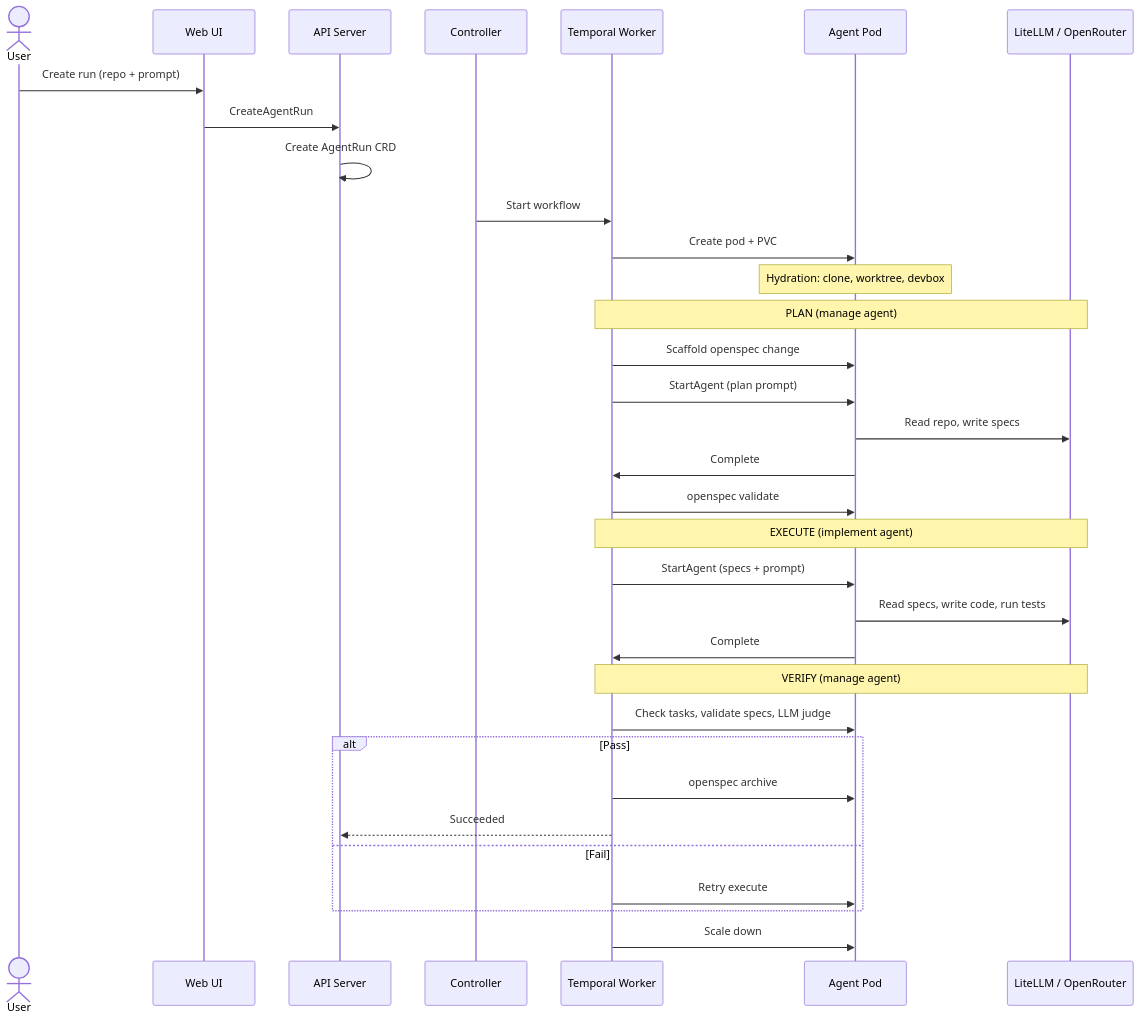
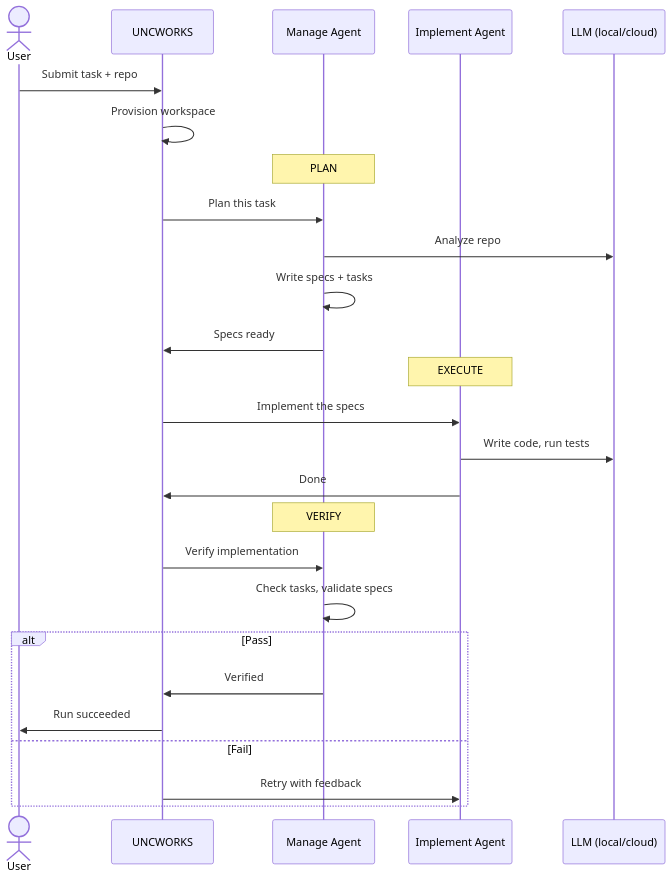
The second of 2 diagrams in README.md (ross-corp/uncworks), drawn with Mermaid before and after one commit. The commit also changed other lines of this file, not shown here.

Commit message:
fix: transparent subgraph backgrounds, simplify sequence to user story

````diff
--- a/README.md
+++ b/README.md
@@ -100,41 +105,32 @@
 ```mermaid
 sequenceDiagram
     actor User
-    participant Web as Web UI
-    participant API as API Server
-    participant Ctrl as Controller
-    participant TW as Temporal Worker
-    participant Pod as Agent Pod
-    participant LLM as LiteLLM / OpenRouter
+    participant UW as UNCWORKS
+    participant Manage as Manage Agent
+    participant Impl as Implement Agent
+    participant LLM as LLM (local/cloud)
 
-    User->>Web: Create run (repo + prompt)
-    Web->>API: CreateAgentRun
-    API->>API: Create AgentRun CRD
-    Ctrl->>TW: Start workflow
+    User->>UW: Submit task + repo
+    UW->>UW: Provision workspace
 
-    TW->>Pod: Create pod + PVC
-    Note over Pod: Hydration: clone, worktree, devbox
+    Note over Manage: PLAN
+    UW->>Manage: Plan this task
+    Manage->>LLM: Analyze repo
+    Manage->>Manage: Write specs + tasks
+    Manage->>UW: Specs ready
 
-    Note over TW,LLM: PLAN (manage agent)
-    TW->>Pod: Scaffold openspec change
-    TW->>Pod: StartAgent (plan prompt)
-    Pod->>LLM: Read repo, write specs
-    Pod->>TW: Complete
-    TW->>Pod: openspec validate
+    Note over Impl: EXECUTE
+    UW->>Impl: Implement the specs
+    Impl->>LLM: Write code, run tests
+    Impl->>UW: Done
 
-    Note over TW,LLM: EXECUTE (implement agent)
-    TW->>Pod: StartAgent (specs + prompt)
-    Pod->>LLM: Read specs, write code, run tests
-    Pod->>TW: Complete
-
-    Note over TW,LLM: VERIFY (manage agent)
-    TW->>Pod: Check tasks, validate specs, LLM judge
+    Note over Manage: VERIFY
+    UW->>Manage: Verify implementation
+    Manage->>Manage: Check tasks, validate specs
     alt Pass
-        TW->>Pod: openspec archive
-        TW-->>API: Succeeded
+        Manage->>UW: Verified
+        UW->>User: Run succeeded
     else Fail
-        TW->>Pod: Retry execute
+        UW->>Impl: Retry with feedback
     end
-
-    TW->>Pod: Scale down
 ```
````
